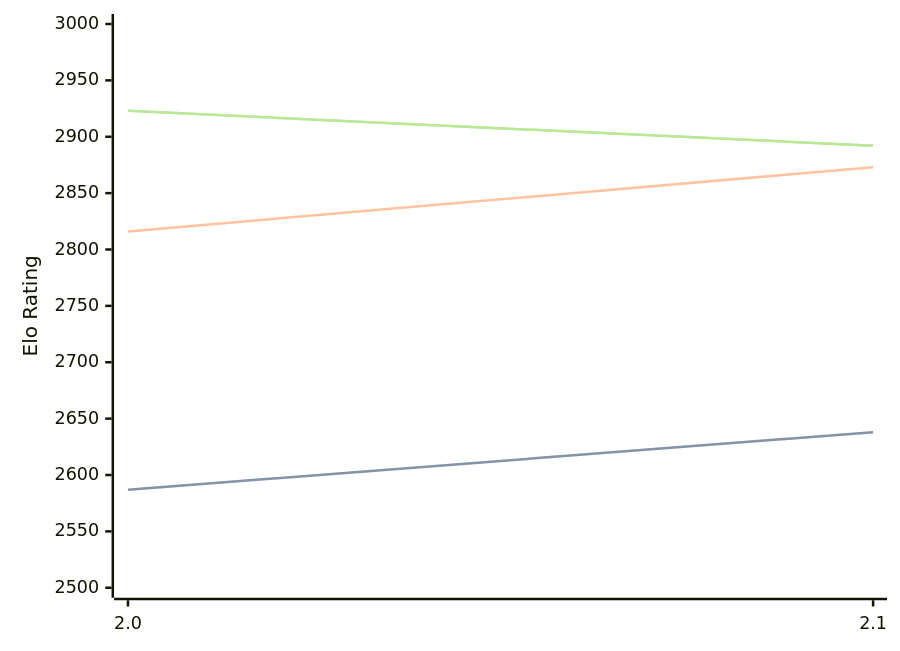
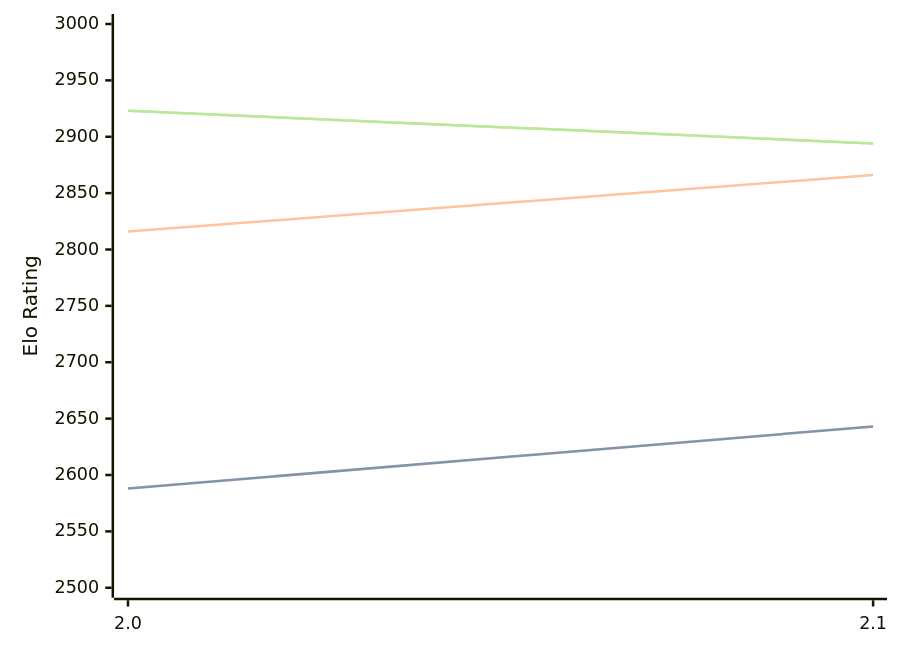
Before and after one commit to computer-chess-index/cci: the diagram in engines/Noggin.md, drawn with Mermaid. The commit also changed other lines of this file, not shown here.

Commit message:
Update CCI Ratings (ELO VLTC) - 2026-07-19

````diff
--- a/engines/Noggin.md
+++ b/engines/Noggin.md
@@ -33,11 +33,11 @@
 ```mermaid
 %%{init: {"theme":"base","themeVariables":{"seriesColors:['#a3a3a3','#222221','#faa371']}}}%%
 xychart-beta
   x-axis ["2.0", "2.1"]
   y-axis "Elo Rating" 2500 --> 3000
-  line "STC (8.0+0.08s)" [2587, 2638]
-  line "STC (8.0+0.08s)" [2587, 2638]
-  line "LTC (60.0+0.60s)" [2816, 2873]
-  line "VLTC (2m24s+1.12s)" [2923, 2892]
-  line "VLTC (2m24s+1.12s)" [2923, 2892]
+  line "STC (8.0+0.08s)" [2588, 2643]
+  line "STC (8.0+0.08s)" [2588, 2643]
+  line "LTC (60.0+0.60s)" [2816, 2866]
+  line "VLTC (2m24s+1.12s)" [2923, 2894]
+  line "VLTC (2m24s+1.12s)" [2923, 2894]
 ```
````
